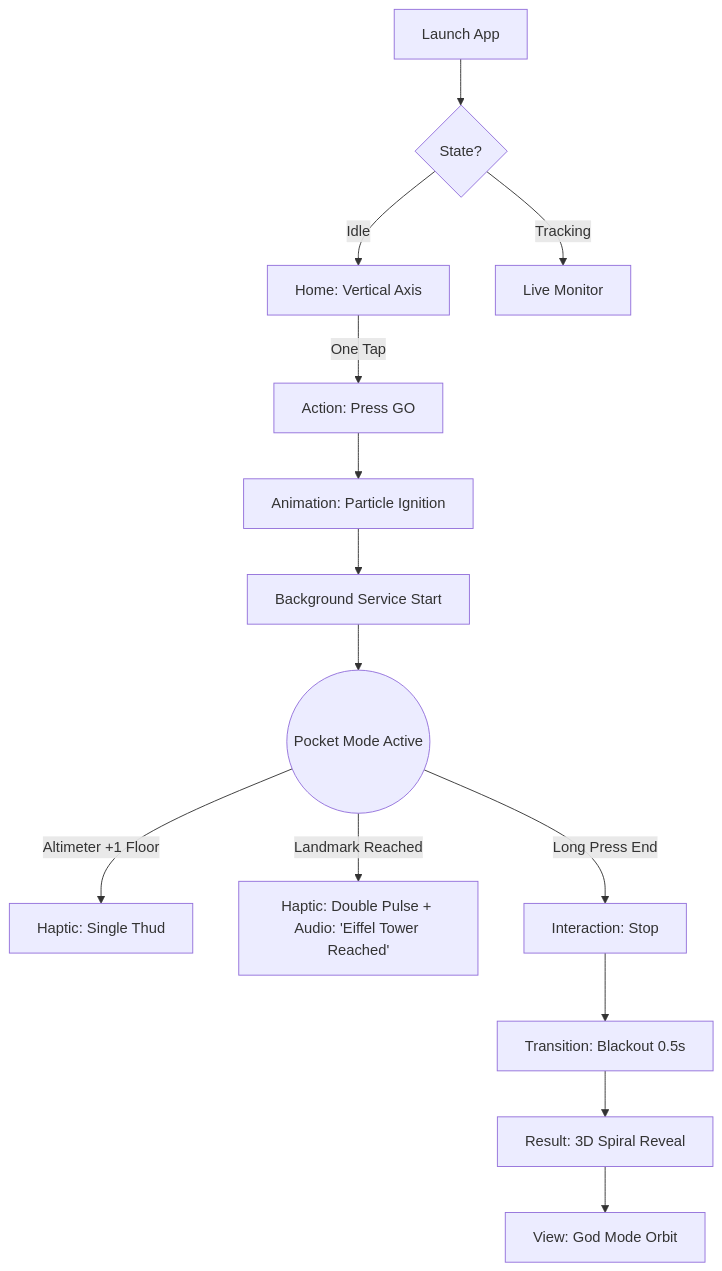
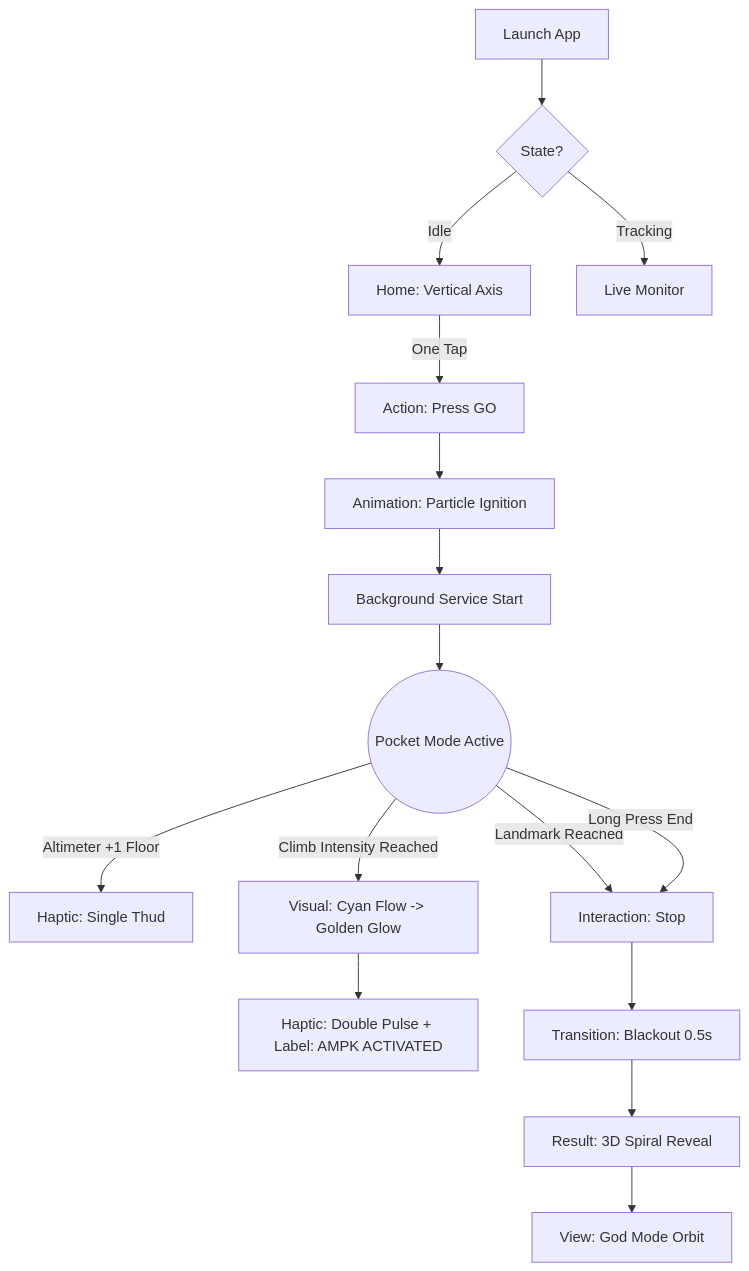
One commit to metogo/Vertical changed the first of 3 diagrams in _bmad-output/planning-artifacts/ux-design-specification.md. Above: the diagram before and after it, drawn with Mermaid. The commit also changed other lines of this file and 24 other files, not shown here.

````diff
--- a/_bmad-output/planning-artifacts/ux-design-specification.md
+++ b/_bmad-output/planning-artifacts/ux-design-specification.md
@@ -254,19 +257,21 @@
 ```mermaid
 graph TD
     A[Launch App] --> B{State?}
     B -->|Idle| C[Home: Vertical Axis]
     B -->|Tracking| D[Live Monitor]
 
     C -->|One Tap| E[Action: Press GO]
     E --> F[Animation: Particle Ignition]
     F --> G[Background Service Start]
     G --> H((Pocket Mode Active))
 
     H -->|Altimeter +1 Floor| I[Haptic: Single Thud]
-    H -->|Landmark Reached| J[Haptic: Double Pulse + Audio: 'Eiffel Tower Reached']
+    H -->|Climb Intensity Reached| J[Visual: Cyan Flow -> Golden Glow]
+    J --> J1[Haptic: Double Pulse + Label: AMPK ACTIVATED]
+    H -->|Landmark Reached| K[Haptic: Heavy Pulse + Audio: 'Eiffel Tower Reached']
 
     H -->|Long Press End| K[Interaction: Stop]
     K --> L[Transition: Blackout 0.5s]
     L --> M[Result: 3D Spiral Reveal]
     M --> N[View: God Mode Orbit]
 ```
````
